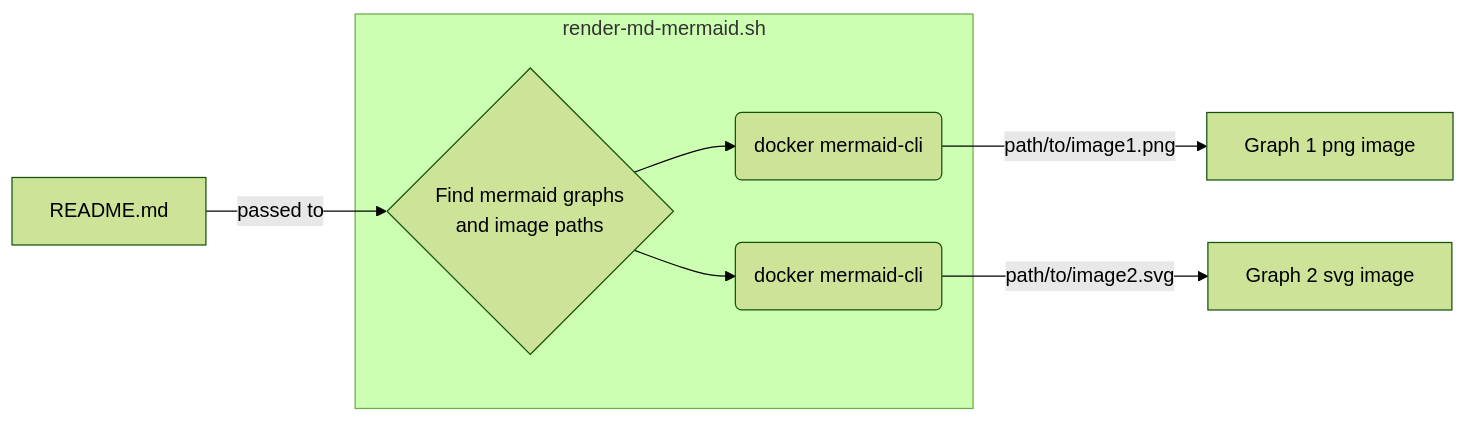
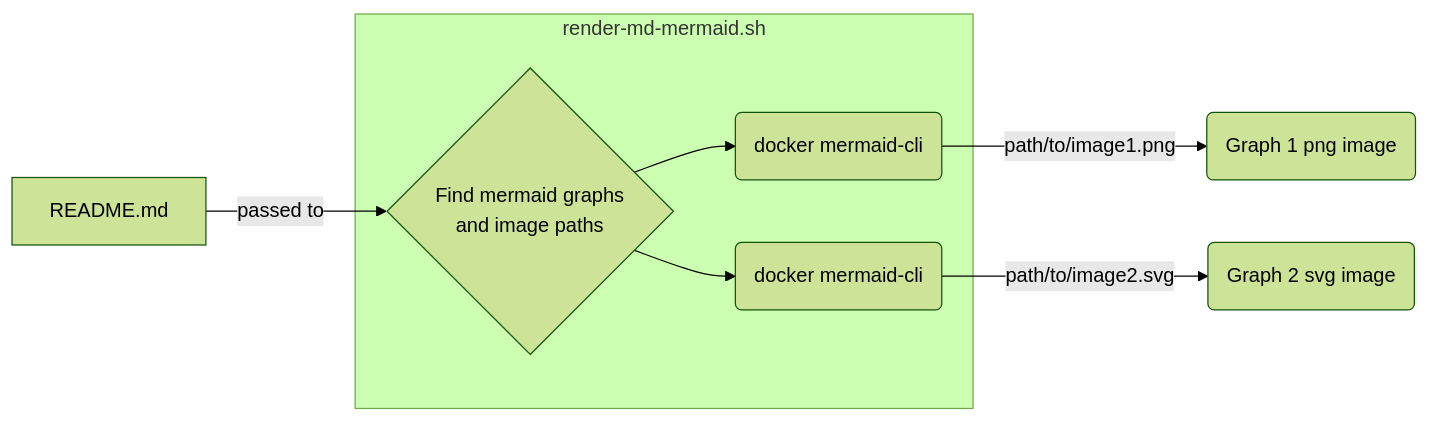
The diagram in README.md (nielsvaneck/render-md-mermaid), drawn with Mermaid (forest theme) before and after one commit. The commit also changed other lines of this file and 3 other files, not shown here.

````diff
--- a/README.md
+++ b/README.md
@@ -38,10 +38,10 @@
 ```mermaid
 graph LR
     A[README.md] -->|passed to| B
     subgraph render-md-mermaid.sh
     B{Find mermaid graphs<br>and image paths} --> C(docker mermaid-cli)
     B --> D(docker mermaid-cli)
     end
-    C -->|path/to/image1.png| E[Graph 1 png image]
-    D -->|path/to/image2.svg| F[Graph 2 svg image]
+    C -->|path/to/image1.png| E(Graph 1 png image)
+    D -->|path/to/image2.svg| F(Graph 2 svg image)
 ```
````
